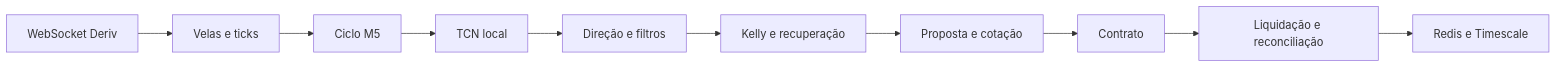
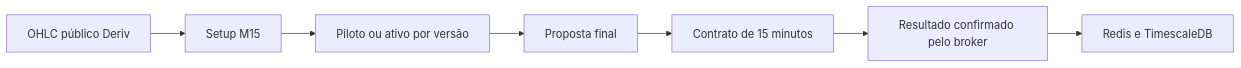
The diagram in docs/arquitetura.md (victorh-silveira/aether-quantum-engine), drawn with Mermaid before and after one commit. The commit also changed other lines of this file and 37 other files, not shown here.

````diff
--- a/docs/arquitetura.md
+++ b/docs/arquitetura.md
@@ -20,12 +18,9 @@
 ```mermaid
 flowchart LR
-    WS[WebSocket Deriv] --> Buffer[Velas e ticks]
-    Buffer --> Cycle[Ciclo M5]
-    Cycle --> TCN[TCN local]
-    TCN --> Direction[Direção e filtros]
-    Direction --> Risk[Kelly e recuperação]
-    Risk --> Quote[Proposta e cotação]
-    Quote --> Contract[Contrato]
-    Contract --> Settle[Liquidação e reconciliação]
-    Settle --> State[Redis e Timescale]
+    WS[OHLC público Deriv] --> Indicador[Setup M15]
+    Indicador --> Registro[Piloto ou ativo por versão]
+    Registro --> Cotacao[Proposta final]
+    Cotacao --> Compra[Contrato de 15 minutos]
+    Compra --> Liquidacao[Resultado confirmado pelo broker]
+    Liquidacao --> Estado[Redis e TimescaleDB]
 ```
````
